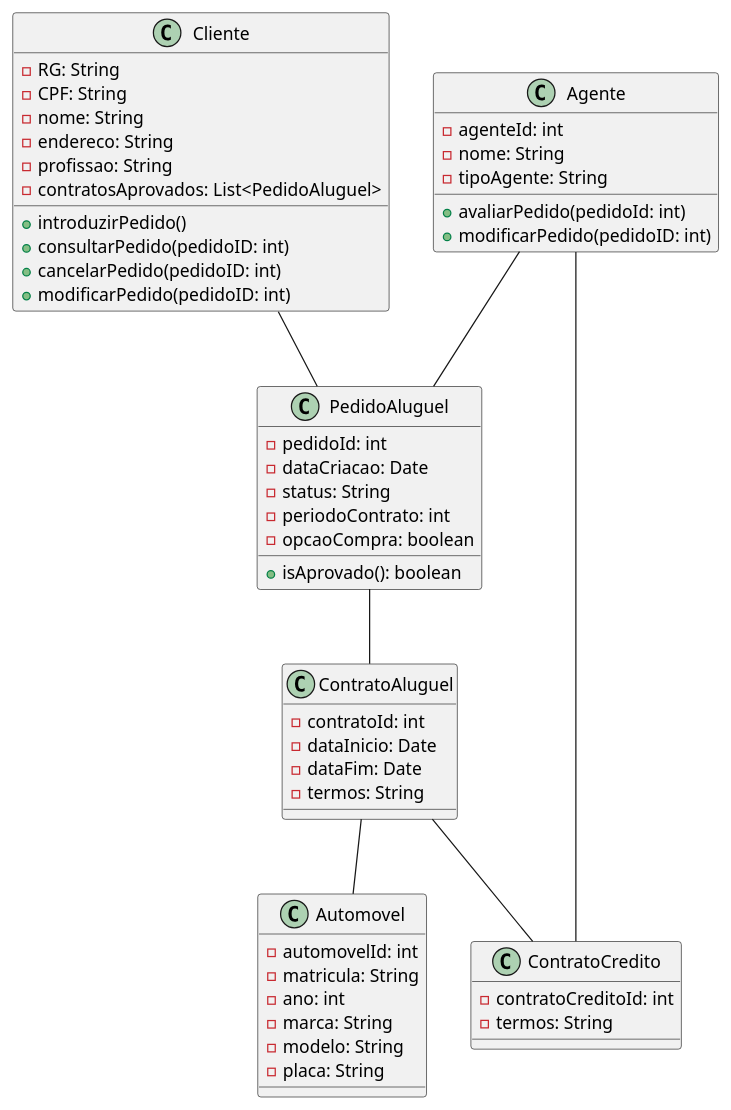
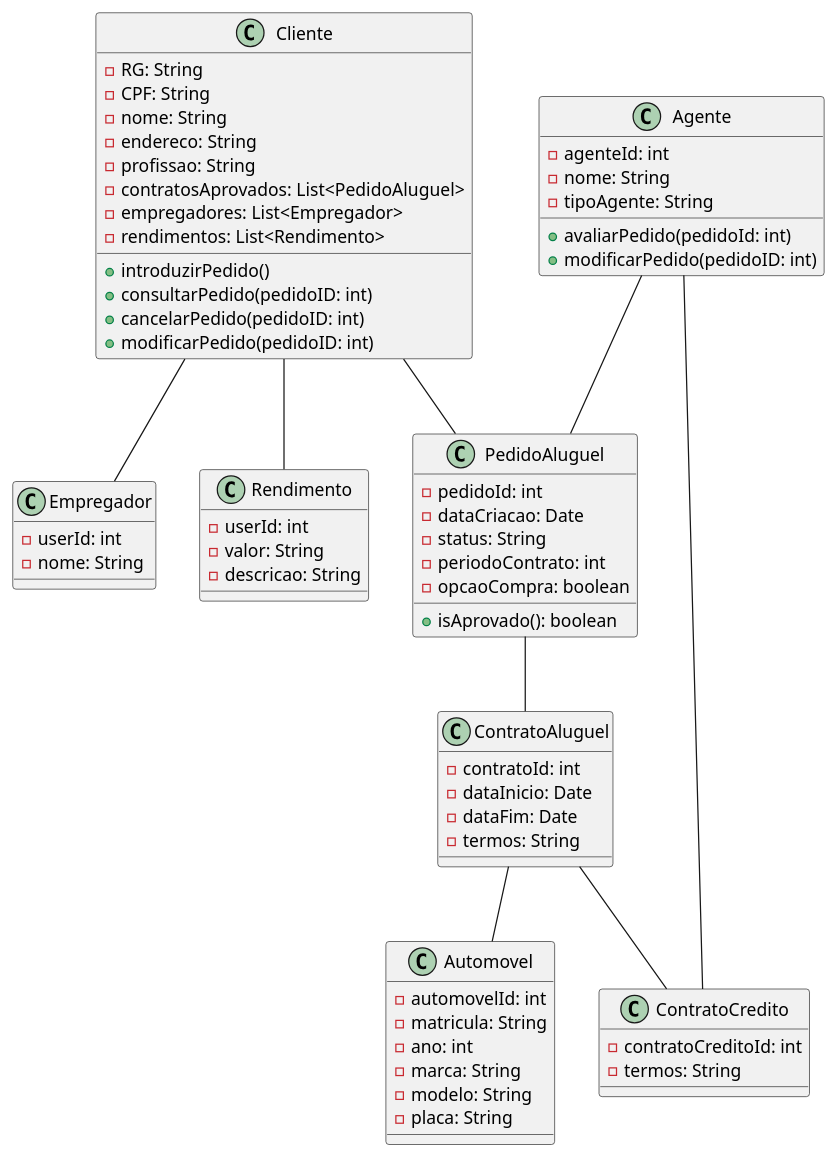
The diagram in Projeto/DiagramaClasse.puml (pauladefreitas/Lab02), drawn with PlantUML before and after one commit.

```diff
--- a/Projeto/DiagramaClasse.puml
+++ b/Projeto/DiagramaClasse.puml
@@ -1,59 +1,74 @@
 @startuml
 class Cliente {
     - RG: String
     - CPF: String
     - nome: String
     - endereco: String
     - profissao: String
     - contratosAprovados: List<PedidoAluguel>
+    - empregadores: List<Empregador>
+    - rendimentos: List<Rendimento>
     + introduzirPedido()
     + consultarPedido(pedidoID: int)
     + cancelarPedido(pedidoID: int)
     + modificarPedido(pedidoID: int)
 }
 
 class Agente {
     - agenteId: int
     - nome: String
     - tipoAgente: String
     + avaliarPedido(pedidoId: int)
     + modificarPedido(pedidoID: int)
+}
+
+class Empregador {
+    - userId: int
+    - nome: String
+}
+
+class Rendimento {
+    - userId: int
+    - valor: String
+    - descricao: String
 }
 
 class PedidoAluguel {
     - pedidoId: int
     - dataCriacao: Date
     - status: String
     - periodoContrato: int
     - opcaoCompra: boolean
     + isAprovado(): boolean
 }
 
 class Automovel {
     - automovelId: int
     - matricula: String
     - ano: int
     - marca: String
     - modelo: String
     - placa: String
 }
 
 class ContratoAluguel {
     - contratoId: int
     - dataInicio: Date
     - dataFim: Date
     - termos: String
 }
 
 class ContratoCredito {
     - contratoCreditoId: int
     - termos: String
 }
 
 Cliente -- PedidoAluguel
+Cliente -- Empregador
+Cliente -- Rendimento
 Agente -- PedidoAluguel
 ContratoAluguel -- Automovel
 PedidoAluguel -- ContratoAluguel
 ContratoAluguel -- ContratoCredito
 Agente -- ContratoCredito
 @enduml
```
